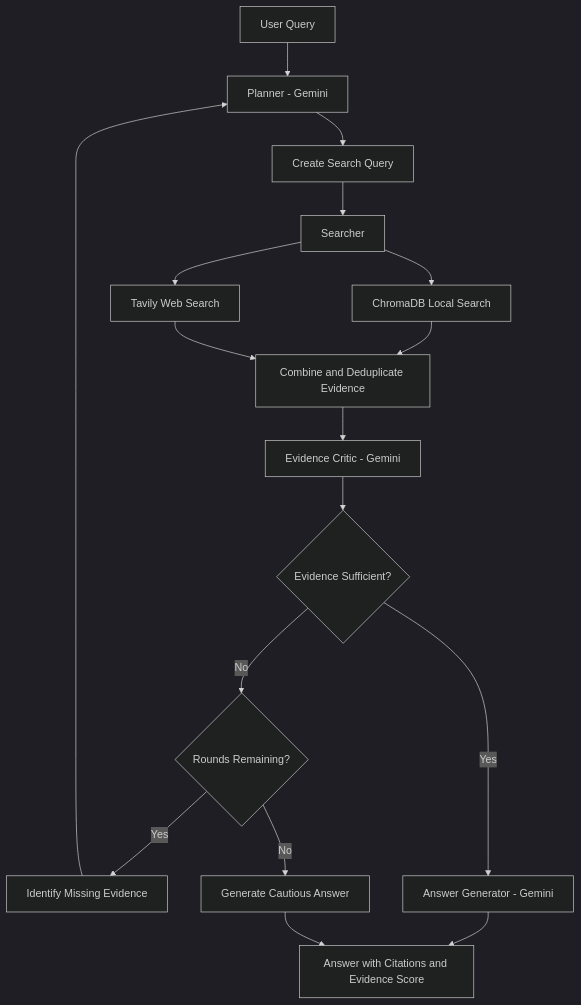
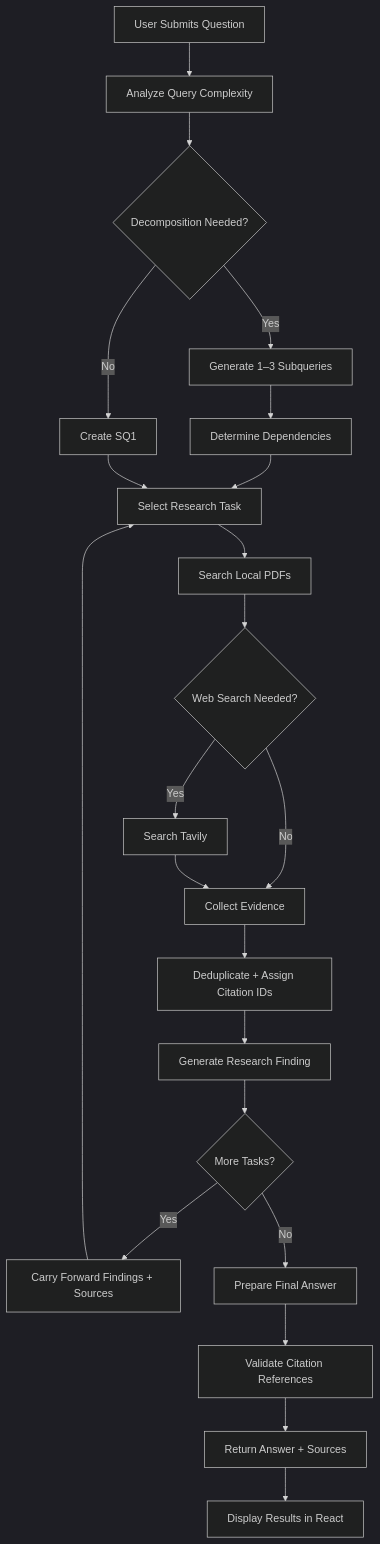
Before and after one commit to alobroke/MultiHop-agent: the second of 2 diagrams in README.md, drawn with Mermaid (dark theme). The commit also changed other lines of this file, not shown here.

````diff
--- a/README.md
+++ b/README.md
@@ -33,19 +258,40 @@
-``` mermaid
+```mermaid
 flowchart TD
-    A[User Query] --> B[Planner - Gemini]
-    B --> C[Create Search Query]
-    C --> D[Searcher]
-    D --> E[ChromaDB Local Search]
-    D --> F[Tavily Web Search]
-    E --> G[Combine and Deduplicate Evidence]
-    F --> G
-    G --> H[Evidence Critic - Gemini]
-    H --> I{Evidence Sufficient?}
-    I -- No --> J{Rounds Remaining?}
-    J -- Yes --> K[Identify Missing Evidence]
-    K --> B
-    J -- No --> L[Generate Cautious Answer]
-    I -- Yes --> M[Answer Generator - Gemini]
-    M --> N[Answer with Citations and Evidence Score]
-    L --> N
+    A["User Submits Question"] --> B["Analyze Query Complexity"]
+
+    B --> C{"Decomposition Needed?"}
+
+    C -->|No| D["Create SQ1"]
+    C -->|Yes| E["Generate 1–3 Subqueries"]
+
+    E --> F["Determine Dependencies"]
+
+    F --> G["Select Research Task"]
+    D --> G
+
+    G --> H["Search Local PDFs"]
+
+    H --> I{"Web Search Needed?"}
+
+    I -->|Yes| J["Search Tavily"]
+    I -->|No| K["Collect Evidence"]
+
+    J --> K
+
+    K --> L["Deduplicate + Assign Citation IDs"]
+
+    L --> M["Generate Research Finding"]
+
+    M --> N{"More Tasks?"}
+
+    N -->|Yes| O["Carry Forward Findings + Sources"]
+    O --> G
+
+    N -->|No| P["Prepare Final Answer"]
+
+    P --> Q["Validate Citation References"]
+
+    Q --> R["Return Answer + Sources"]
+
+    R --> S["Display Results in React"]
 ```
````
